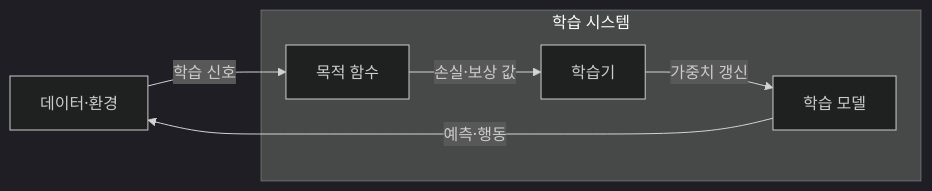
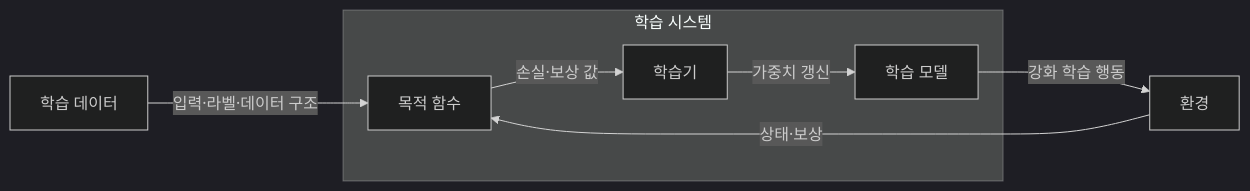
The first of 2 diagrams in src/content/docs/notes/01-basic-theory/048_learning_paradigms.md (agnusdei1207/knowledge-base), drawn with Mermaid (dark theme) before and after one commit. The commit also changed other lines of this file and 6 other files, not shown here.

````diff
--- a/src/content/docs/notes/01-basic-theory/048_learning_paradigms.md
+++ b/src/content/docs/notes/01-basic-theory/048_learning_paradigms.md
@@ -57,13 +58,15 @@
 ```mermaid
 flowchart LR
-    S[데이터·환경]
+    D[학습 데이터]
+    E[환경]
     subgraph L[학습 시스템]
         O[목적 함수]
         T[학습기]
         M[학습 모델]
         O -->|손실·보상 값| T
         T -->|가중치 갱신| M
     end
-    S -->|학습 신호| O
-    M -->|예측·행동| S
+    D -->|입력·라벨·데이터 구조| O
+    E -->|상태·보상| O
+    M -->|강화 학습 행동| E
 ```
````
